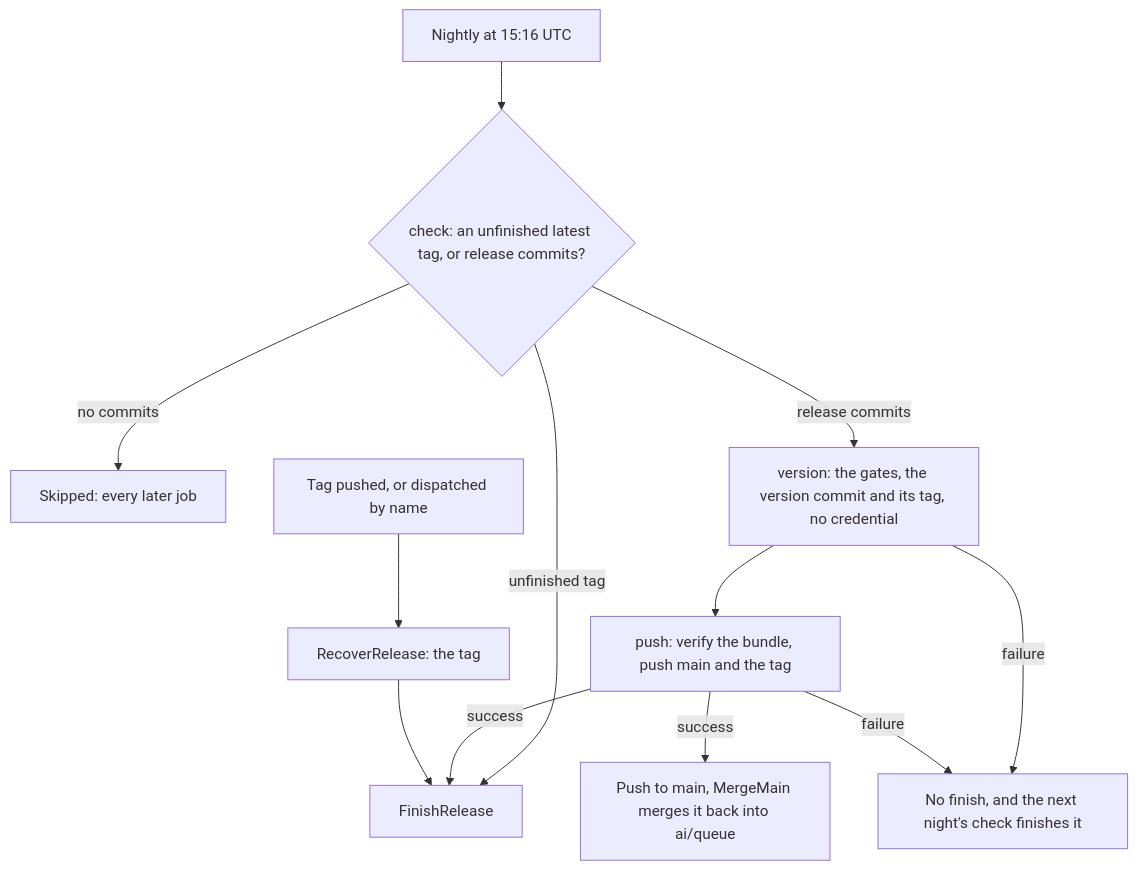
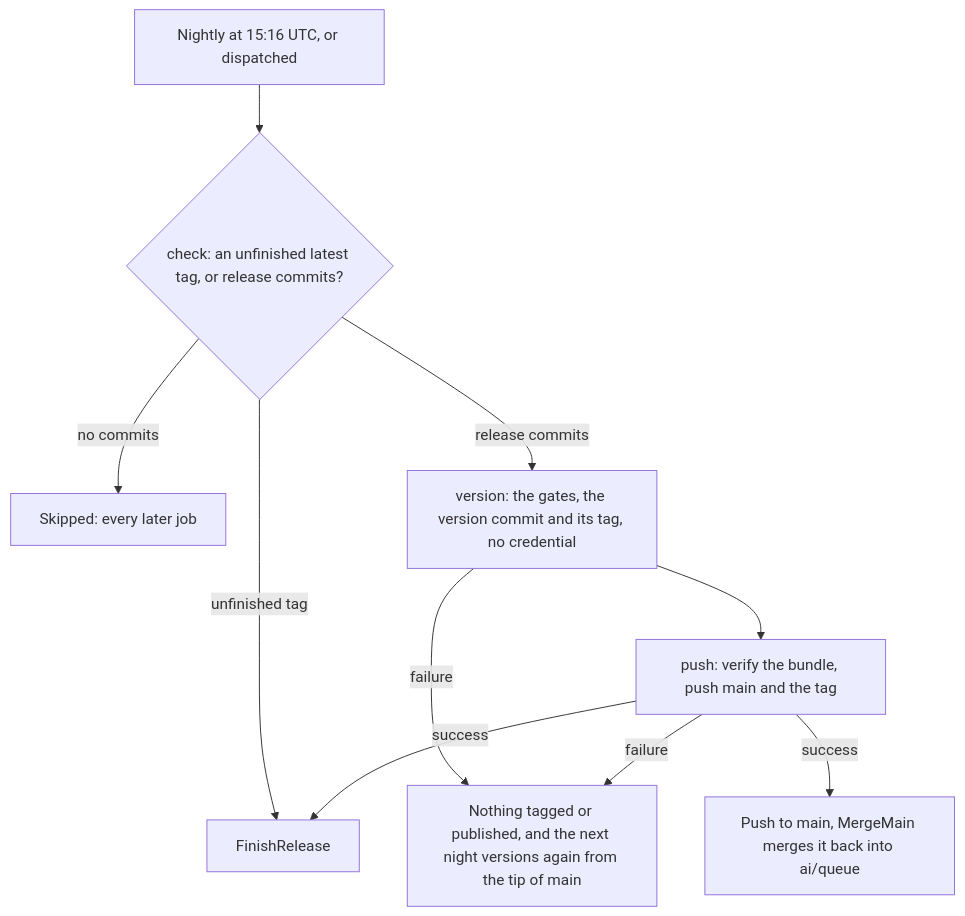
Before and after one commit to Esposter/Esposter: the diagram in openspec/specs/architecture/release-flow/design.md, drawn with Mermaid. The commit also changed other lines of this file and 6 other files, not shown here.

First line of the commit message:
refactor(ci): Release.yaml is the one workflow that ships a release, a dispatch finishes an unfinished tag

````diff
--- a/openspec/specs/architecture/release-flow/design.md
+++ b/openspec/specs/architecture/release-flow/design.md
@@ -7,15 +7,13 @@
 ```mermaid
 flowchart TD
-  Night[Nightly at 15:16 UTC] --> Check{check: an unfinished latest tag, or release commits?}
+  Night[Nightly at 15:16 UTC, or dispatched] --> Check{check: an unfinished latest tag, or release commits?}
   Check -- unfinished tag --> Finish
   Check -- no commits --> Skip[Skipped: every later job]
   Check -- release commits --> Version[version: the gates, the version commit and its tag, no credential]
   Version --> PushMain[push: verify the bundle, push main and the tag]
-  Version -- failure --> Held[No finish, and the next night's check finishes it]
+  Version -- failure --> Held[Nothing tagged or published, and the next night versions again from the tip of main]
   PushMain -- failure --> Held
   PushMain -- success --> Main[Push to main, MergeMain merges it back into ai/queue]
   PushMain -- success --> Finish
-  Push[Tag pushed, or dispatched by name] --> Recover[RecoverRelease: the tag]
-  Recover --> Finish
   Finish[FinishRelease]
 ```
````
